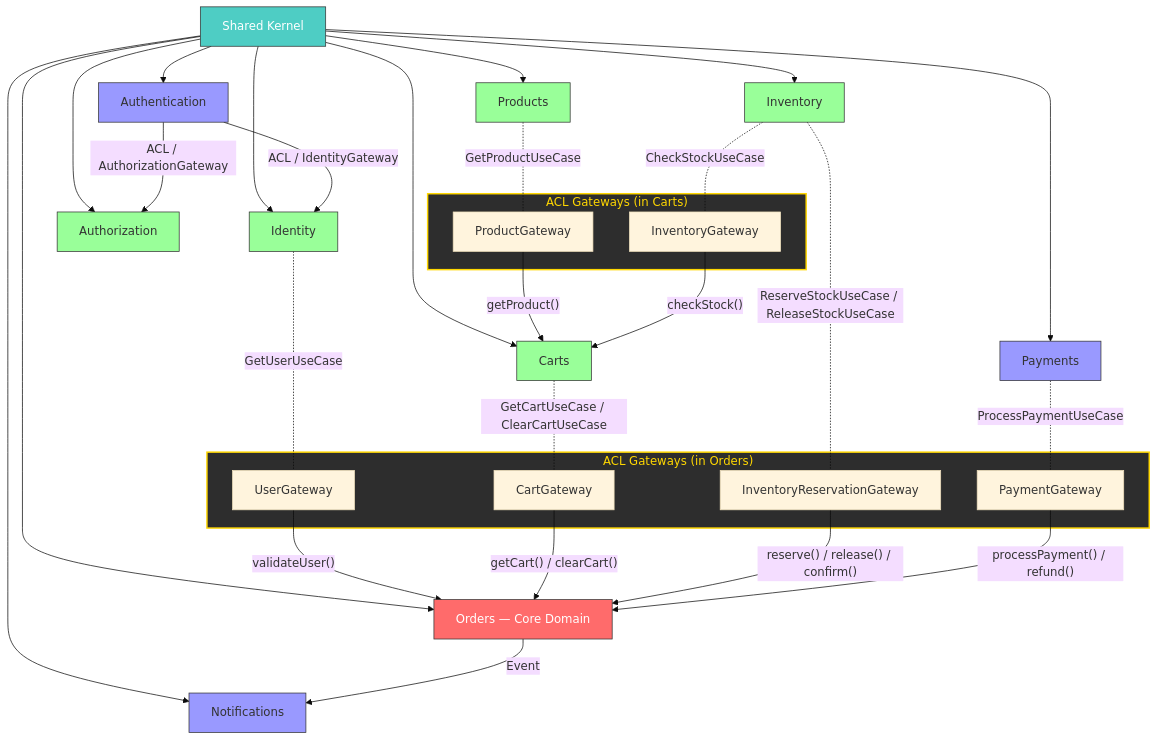
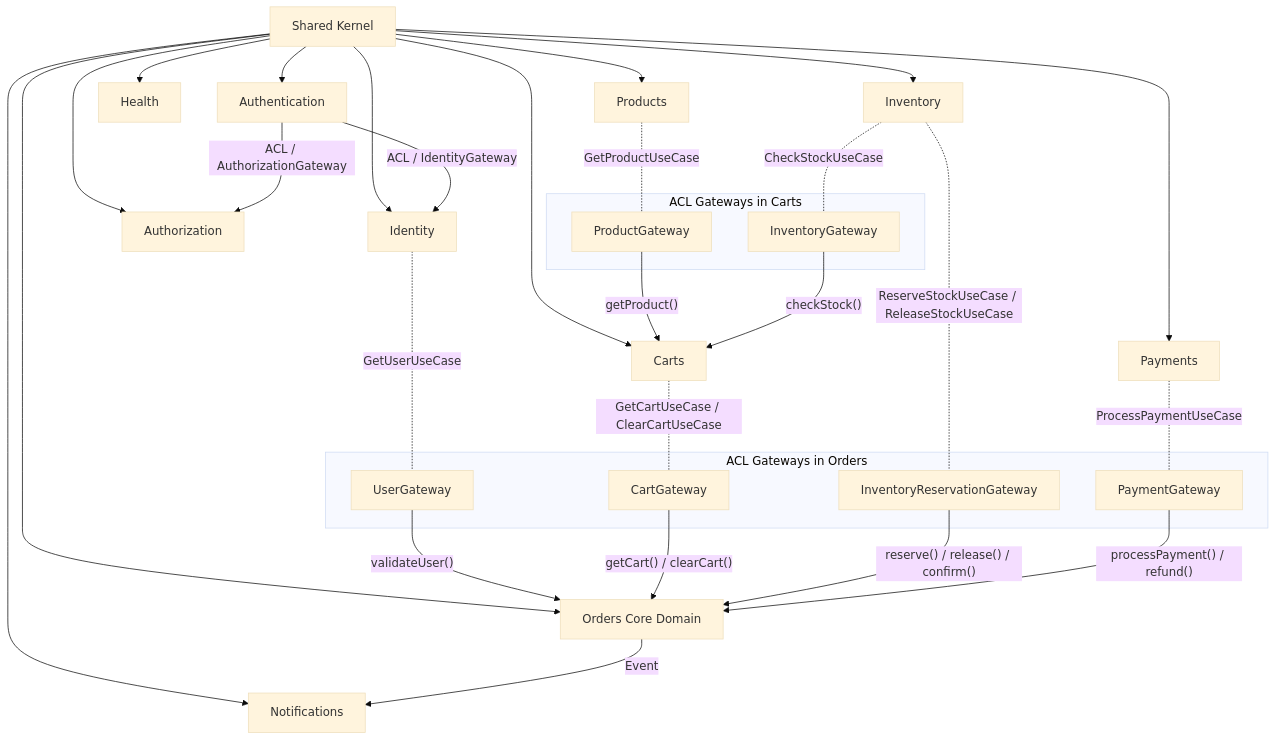
Before and after one commit to raouf-b-dev/ecommerce-store-api: the first of 11 diagrams in docs/architecture/ARCHITECTURE.md, drawn with Mermaid (base theme). The commit also changed other lines of this file, not shown here.

First line of the commit message:
Refactor architecture documentation for clarity and consistency

````diff
--- a/docs/architecture/ARCHITECTURE.md
+++ b/docs/architecture/ARCHITECTURE.md
@@ -41,55 +42,45 @@
 ```mermaid
 graph TD
-    SK[Shared Kernel] --> Orders[Orders — Core Domain]
-    SK --> Carts[Carts]
-    SK --> Inventory[Inventory]
-    SK --> Products[Products]
-    SK --> Identity[Identity]
-    SK --> Authorization[Authorization]
-    SK --> Payments[Payments]
-    SK --> Authentication[Authentication]
-    SK --> Notifications[Notifications]
+ SK[Shared Kernel] --> Orders[Orders Core Domain]
+ SK --> Carts[Carts]
+ SK --> Inventory[Inventory]
+ SK --> Products[Products]
+ SK --> Identity[Identity]
+ SK --> Authorization[Authorization]
+ SK --> Payments[Payments]
+ SK --> Authentication[Authentication]
+ SK --> Notifications[Notifications]
+ SK --> Health[Health]
 
-    subgraph ACL_Orders["ACL Gateways (in Orders)"]
-        CustGW["UserGateway"]
-        CartGW["CartGateway"]
-        InvGW["InventoryReservationGateway"]
-        PayGW["PaymentGateway"]
-    end
+ subgraph ACL_Orders["ACL Gateways in Orders"]
+ CustGW["UserGateway"]
+ CartGW["CartGateway"]
+ InvGW["InventoryReservationGateway"]
+ PayGW["PaymentGateway"]
+ end
 
-    Identity -.-|"GetUserUseCase"| CustGW
-    Carts -.-|"GetCartUseCase / ClearCartUseCase"| CartGW
-    Inventory -.-|"ReserveStockUseCase / ReleaseStockUseCase"| InvGW
-    Payments -.-|"ProcessPaymentUseCase"| PayGW
+ Identity -.-|"GetUserUseCase"| CustGW
+ Carts -.-|"GetCartUseCase / ClearCartUseCase"| CartGW
+ Inventory -.-|"ReserveStockUseCase / ReleaseStockUseCase"| InvGW
+ Payments -.-|"ProcessPaymentUseCase"| PayGW
 
-    CustGW -->|"validateUser()"| Orders
-    CartGW -->|"getCart() / clearCart()"| Orders
-    InvGW -->|"reserve() / release() / confirm()"| Orders
-    PayGW -->|"processPayment() / refund()"| Orders
+ CustGW -->|"validateUser()"| Orders
+ CartGW -->|"getCart() / clearCart()"| Orders
+ InvGW -->|"reserve() / release() / confirm()"| Orders
+ PayGW -->|"processPayment() / refund()"| Orders
 
-    subgraph ACL_Carts["ACL Gateways (in Carts)"]
-        ProdGW["ProductGateway"]
-        InvGW2["InventoryGateway"]
-    end
+ subgraph ACL_Carts["ACL Gateways in Carts"]
+ ProdGW["ProductGateway"]
+ InvGW2["InventoryGateway"]
+ end
 
-    Products -.-|"GetProductUseCase"| ProdGW
-    Inventory -.-|"CheckStockUseCase"| InvGW2
+ Products -.-|"GetProductUseCase"| ProdGW
+ Inventory -.-|"CheckStockUseCase"| InvGW2
 
-    ProdGW -->|"getProduct()"| Carts
-    InvGW2 -->|"checkStock()"| Carts
+ ProdGW -->|"getProduct()"| Carts
+ InvGW2 -->|"checkStock()"| Carts
 
-    Authentication -->|"ACL / IdentityGateway"| Identity
-    Authentication -->|"ACL / AuthorizationGateway"| Authorization
-    Orders -->|"Event"| Notifications
-
-    style Orders fill:#ff6b6b,stroke:#333,color:#fff
-    style SK fill:#4ecdc4,stroke:#333,color:#fff
-    style ACL_Orders fill:#2d2d2d,stroke:#ffd700,color:#ffd700,stroke-width:2px
-    style ACL_Carts fill:#2d2d2d,stroke:#ffd700,color:#ffd700,stroke-width:2px
-
-    classDef support fill:#99ff99,stroke:#333,stroke-width:1px;
-    classDef generic fill:#9999ff,stroke:#333,stroke-width:1px;
-
-    class Inventory,Products,Carts,Identity,Authorization support;
-    class Payments,Authentication,Notifications generic;
+ Authentication -->|"ACL / IdentityGateway"| Identity
+ Authentication -->|"ACL / AuthorizationGateway"| Authorization
+ Orders -->|"Event"| Notifications
 ```
````
